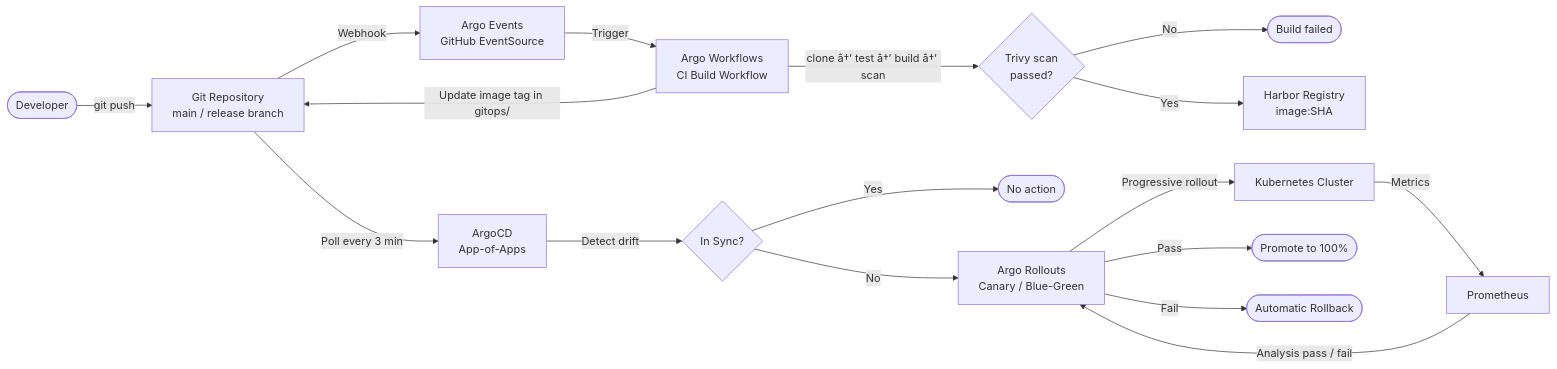
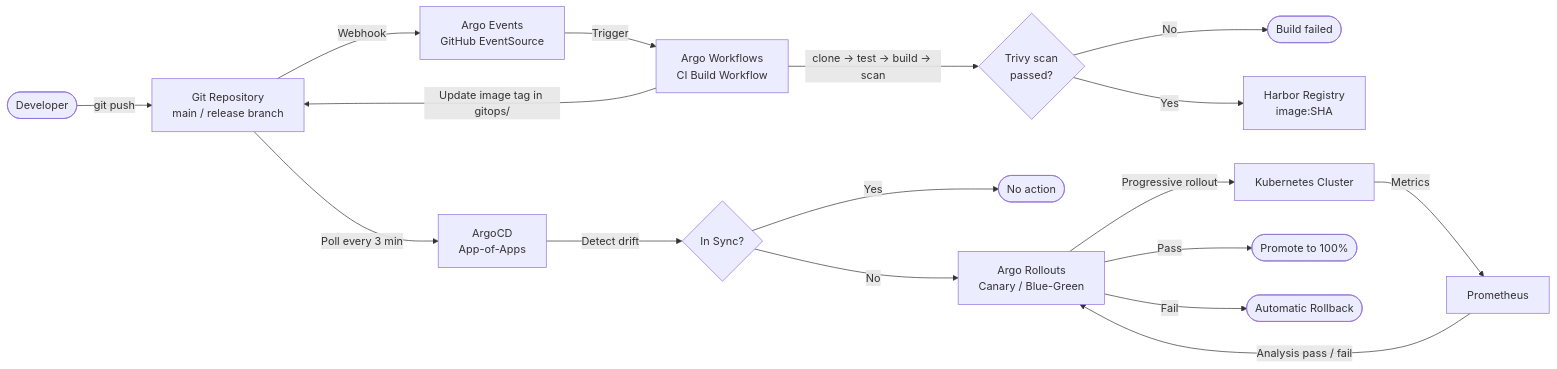
One commit to prabhat-roy/ShopOS changed the diagram in gitops/README.md. Above: the diagram before and after it, drawn with Mermaid. The commit also changed other lines of this file and 2221 other files, not shown here.

````diff
--- a/gitops/README.md
+++ b/gitops/README.md
@@ -100,25 +100,25 @@
 ```mermaid
 flowchart LR
     DEV([Developer]) -->|git push| REPO[Git Repository\nmain / release branch]
 
     REPO -->|Webhook| AE[Argo Events\nGitHub EventSource]
     AE -->|Trigger| AW[Argo Workflows\nCI Build Workflow]
 
-    AW -->|clone â†’ test â†’ build â†’ scan| SCAN{Trivy scan\npassed?}
+    AW -->|clone → test → build → scan| SCAN{Trivy scan\npassed?}
     SCAN -->|No| FAIL([Build failed])
     SCAN -->|Yes| REG[Harbor Registry\nimage:SHA]
     AW -->|Update image tag in gitops/| REPO
 
     REPO -->|Poll every 3 min| ACD[ArgoCD\nApp-of-Apps]
     ACD -->|Detect drift| SYNC{In Sync?}
 
     SYNC -->|Yes| IDLE([No action])
     SYNC -->|No| ROLLOUT[Argo Rollouts\nCanary / Blue-Green]
 
     ROLLOUT -->|Progressive rollout| K8S[Kubernetes Cluster]
     K8S -->|Metrics| PROM[Prometheus]
     PROM -->|Analysis pass / fail| ROLLOUT
 
     ROLLOUT -->|Pass| PROMOTE([Promote to 100%])
     ROLLOUT -->|Fail| ABORT([Automatic Rollback])
 ```
````
